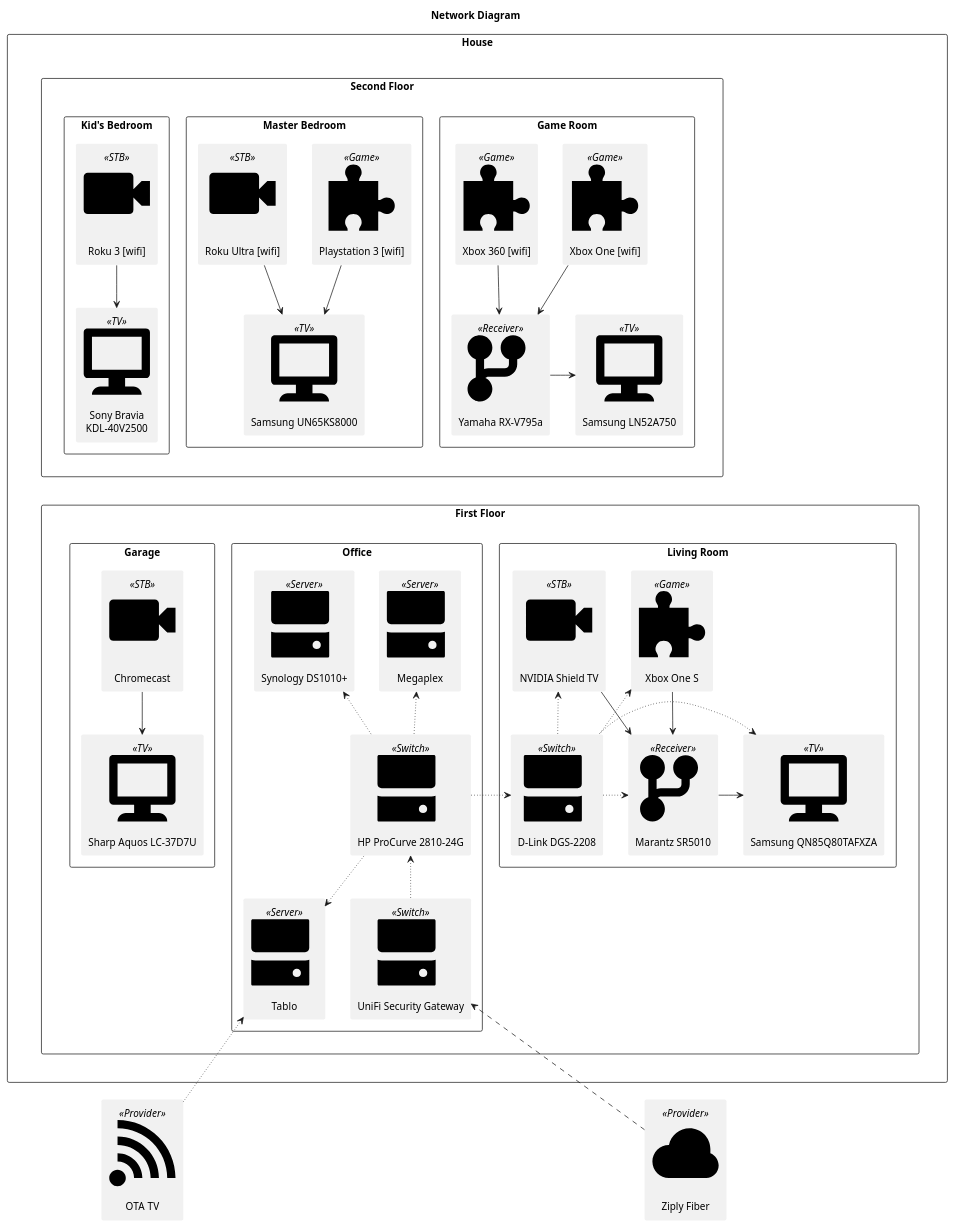
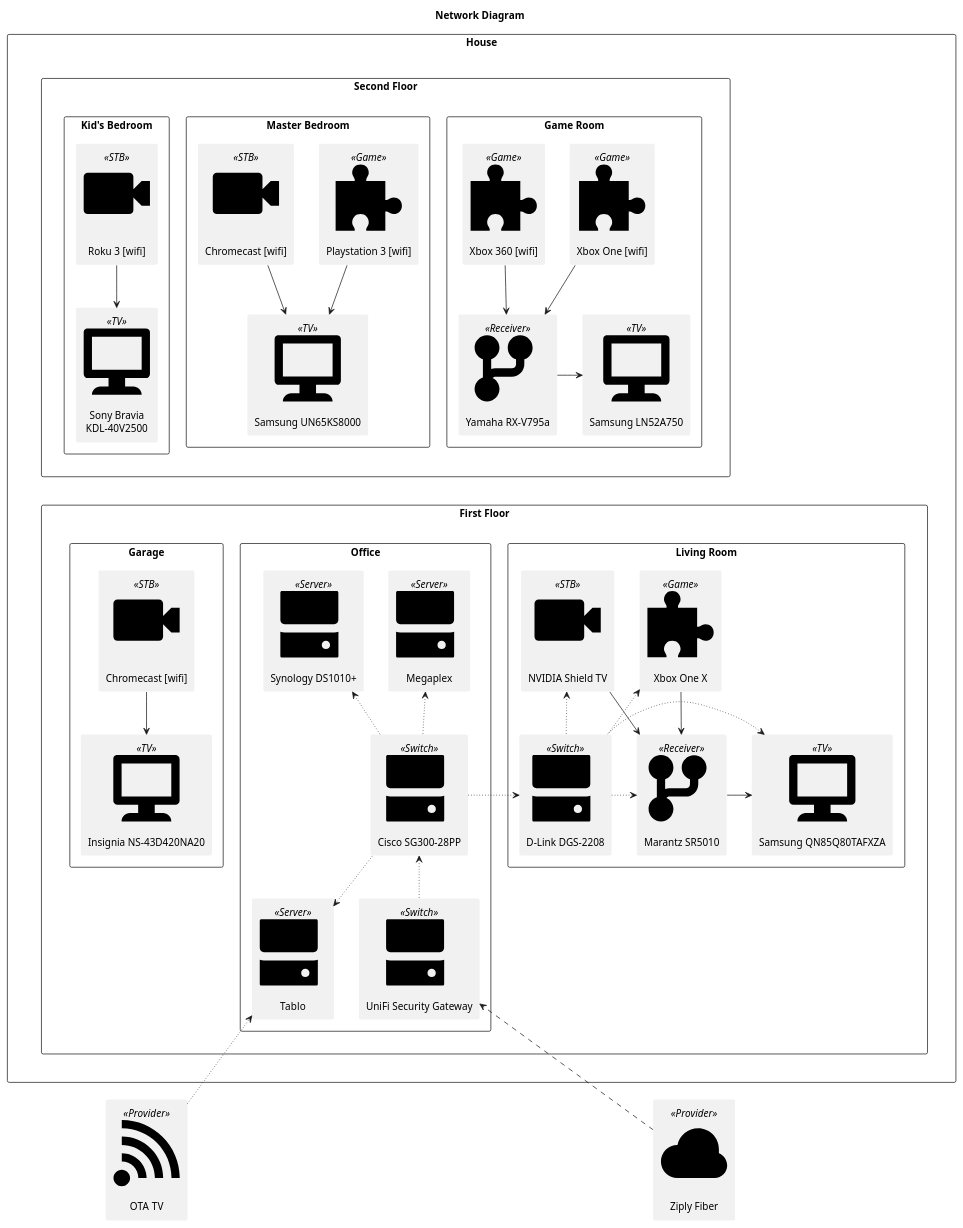
One commit to tillig/mediacenter changed the diagram in docs/network/diagram.puml. Above: the diagram before and after it, drawn with PlantUML. The commit also changed 11 other files, not shown here.

```diff
--- a/docs/network/diagram.puml
+++ b/docs/network/diagram.puml
@@ -1,134 +1,134 @@
-@startuml
+@startuml Network Diagram
 ' Common PlantUML commands: https://plantuml.com/commons
 ' Icons for PlantUML: https://plantuml.com/openiconic
 ' Layout tips: https://crashedmind.github.io/PlantUMLHitchhikersGuide/layout/layout.html
 skinparam defaultTextAlignment center
 skinparam rectangle {
     BorderColor<<TV>> White
     BorderThickness<<TV>> 0
     Shadowing<<TV>> false
 
     BorderColor<<Receiver>> White
     BorderThickness<<Receiver>> 0
     Shadowing<<Receiver>> false
 
     BorderColor<<Switch>> White
     BorderThickness<<Switch>> 0
     Shadowing<<Switch>> false
 
     BorderColor<<Game>> White
     BorderThickness<<Game>> 0
     Shadowing<<Game>> false
 
     BorderColor<<Server>> White
     BorderThickness<<Server>> 0
     Shadowing<<Server>> false
 
     BorderColor<<STB>> White
     BorderThickness<<STB>> 0
     Shadowing<<STB>> false
 
     BorderColor<<Provider>> White
     BorderThickness<<Provider>> 0
     Shadowing<<Provider>> false
 }
 title Network Diagram
 
 rectangle "House" as house {
   rectangle "Second Floor" as second_floor {
     rectangle "Game Room" as gameroom {
       rectangle "<&monitor*10>\n\nSamsung LN52A750" <<TV>> as samsungln52a750 {
       }
       rectangle "<&fork*10>\n\nYamaha RX-V795a" <<Receiver>> as yamaharxv795a {
       }
       rectangle "<&puzzle-piece*10>\n\nXbox One [wifi]" <<Game>> as xboxone_gr {
       }
       rectangle "<&puzzle-piece*10>\n\nXbox 360 [wifi]" <<Game>> as xbox360_gr {
       }
       xboxone_gr --> yamaharxv795a
       xbox360_gr --> yamaharxv795a
       yamaharxv795a -> samsungln52a750
     }
     rectangle "Master Bedroom" as masterbedroom {
       rectangle "<&monitor*10>\n\nSamsung UN65KS8000" <<TV>> as samsungun65ks8000 {
       }
       rectangle "<&puzzle-piece*10>\n\nPlaystation 3 [wifi]" <<Game>> as ps3_mb {
       }
-      rectangle "<&video*10>\n\nRoku Ultra [wifi]" <<STB>> as roku_mb {
+      rectangle "<&video*10>\n\nChromecast [wifi]" <<STB>> as chromecast_mb {
       }
-      roku_mb --> samsungun65ks8000
+      chromecast_mb --> samsungun65ks8000
       ps3_mb --> samsungun65ks8000
     }
     rectangle "Kid's Bedroom" as kidbedroom {
       rectangle "<&monitor*10>\n\nSony Bravia\nKDL-40V2500" <<TV>> as sonykdl40v2500 {
       }
       rectangle "<&video*10>\n\nRoku 3 [wifi]" <<STB>> as roku_kb {
       }
       roku_kb --> sonykdl40v2500
     }
   }
   rectangle "First Floor" as first_floor {
     rectangle "Living Room" as livingroom {
       rectangle "<&monitor*10>\n\nSamsung QN85Q80TAFXZA" <<TV>> as samsungqn85q80tafxza {
       }
       rectangle "<&fork*10>\n\nMarantz SR5010" <<Receiver>> as marantzsr5010 {
       }
       rectangle "<&hard-drive*10>\n\nD-Link DGS-2208" <<Switch>> as dlinkdgs2208 {
       }
-      rectangle "<&puzzle-piece*10>\n\nXbox One S" <<Game>> as xboxone_lr {
+      rectangle "<&puzzle-piece*10>\n\nXbox One X" <<Game>> as xboxone_lr {
       }
       rectangle "<&video*10>\n\nNVIDIA Shield TV" <<STB>> as nvidiashield {
       }
       nvidiashield --> marantzsr5010
       xboxone_lr --> marantzsr5010
       marantzsr5010 -> samsungqn85q80tafxza
       nvidiashield <-[dotted]- dlinkdgs2208
       xboxone_lr <-[dotted]- dlinkdgs2208
       samsungqn85q80tafxza <-[dotted] dlinkdgs2208
       marantzsr5010 <-[dotted] dlinkdgs2208
     }
     rectangle "Office" as office {
-      rectangle "<&hard-drive*10>\n\nHP ProCurve 2810-24G" <<Switch>> as hpprocurve281024g {
+      rectangle "<&hard-drive*10>\n\nCisco SG300-28PP" <<Switch>> as ciscosg30028pp {
       }
       rectangle "<&hard-drive*10>\n\nUniFi Security Gateway" <<Switch>> as usg {
       }
       rectangle "<&hard-drive*10>\n\nMegaplex" <<Server>> as megaplex {
       }
       rectangle "<&hard-drive*10>\n\nSynology DS1010+" <<Server>> as synologyds1010 {
       }
       rectangle "<&hard-drive*10>\n\nTablo" <<Server>> as tablo {
       }
-      hpprocurve281024g <-[dotted]- usg
-      megaplex <-[dotted]- hpprocurve281024g
-      synologyds1010 <-[dotted]- hpprocurve281024g
-      hpprocurve281024g -[dotted]-> tablo
+      ciscosg30028pp <-[dotted]- usg
+      megaplex <-[dotted]- ciscosg30028pp
+      synologyds1010 <-[dotted]- ciscosg30028pp
+      ciscosg30028pp -[dotted]-> tablo
 
       ' Link out to other rooms
-      hpprocurve281024g -[dotted]> dlinkdgs2208
+      ciscosg30028pp -[dotted]> dlinkdgs2208
     }
     rectangle "Garage" as garage {
-      rectangle "<&monitor*10>\n\nSharp Aquos LC-37D7U" <<TV>> as sharpaquoslc37d7u {
+      rectangle "<&monitor*10>\n\nInsignia NS-43D420NA20" <<TV>> as insignians43d420na20 {
       }
-      rectangle "<&video*10>\n\nChromecast" <<STB>> as chromecast_garage {
+      rectangle "<&video*10>\n\nChromecast [wifi]" <<STB>> as chromecast_garage {
       }
-      chromecast_garage --> sharpaquoslc37d7u
+      chromecast_garage --> insignians43d420na20
     }
   }
 }
 
 rectangle "<&rss*10>\n\nOTA TV" <<Provider>> as ota_tv {
 }
 rectangle "<&cloud*10>\n\nZiply Fiber" <<Provider>> as ziply {
 }
 
 ota_tv -[dotted]-> tablo
 ziply -[dashed]-> usg
 
 ' Force vertical layout by using hidden lines
 ' Adjust the number of dashes at the front to
 ' weird offset/rank problems.
 second_floor --[hidden]d-> first_floor
 house -----[hidden]d-> ota_tv
 house -----[hidden]d-> ziply
 
 @enduml
```
